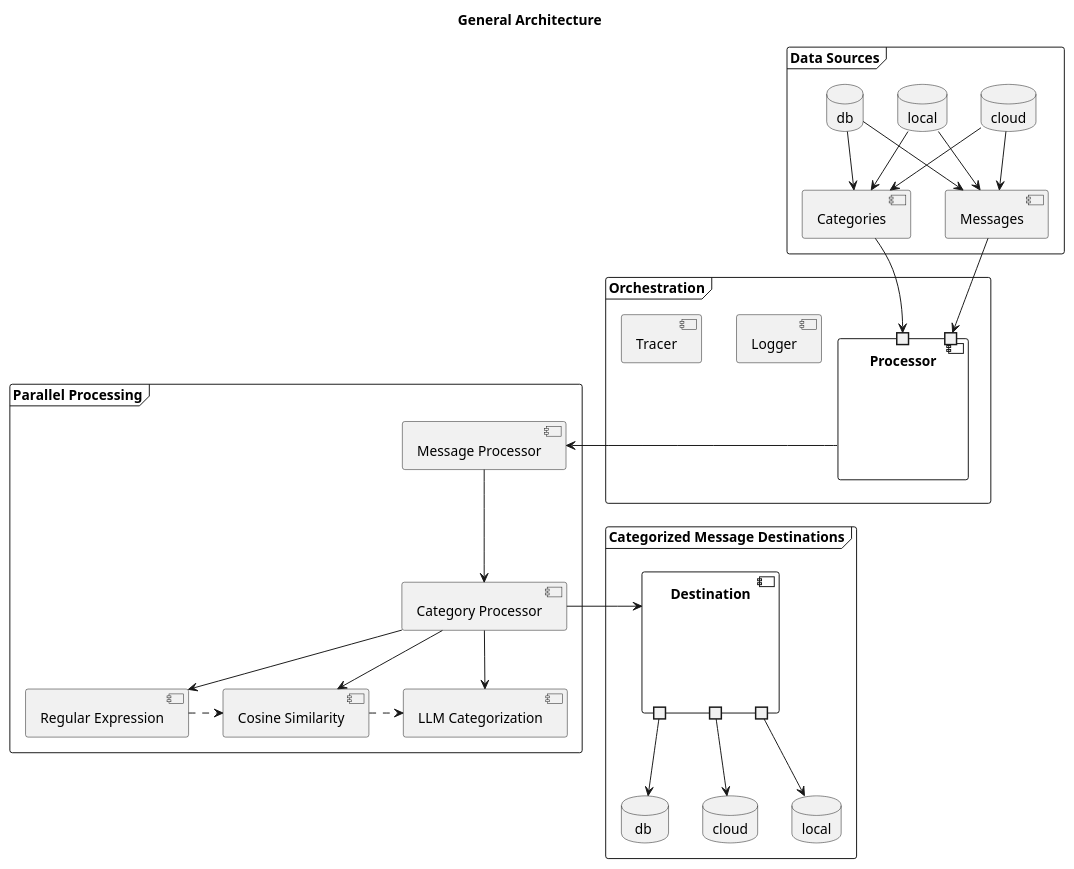
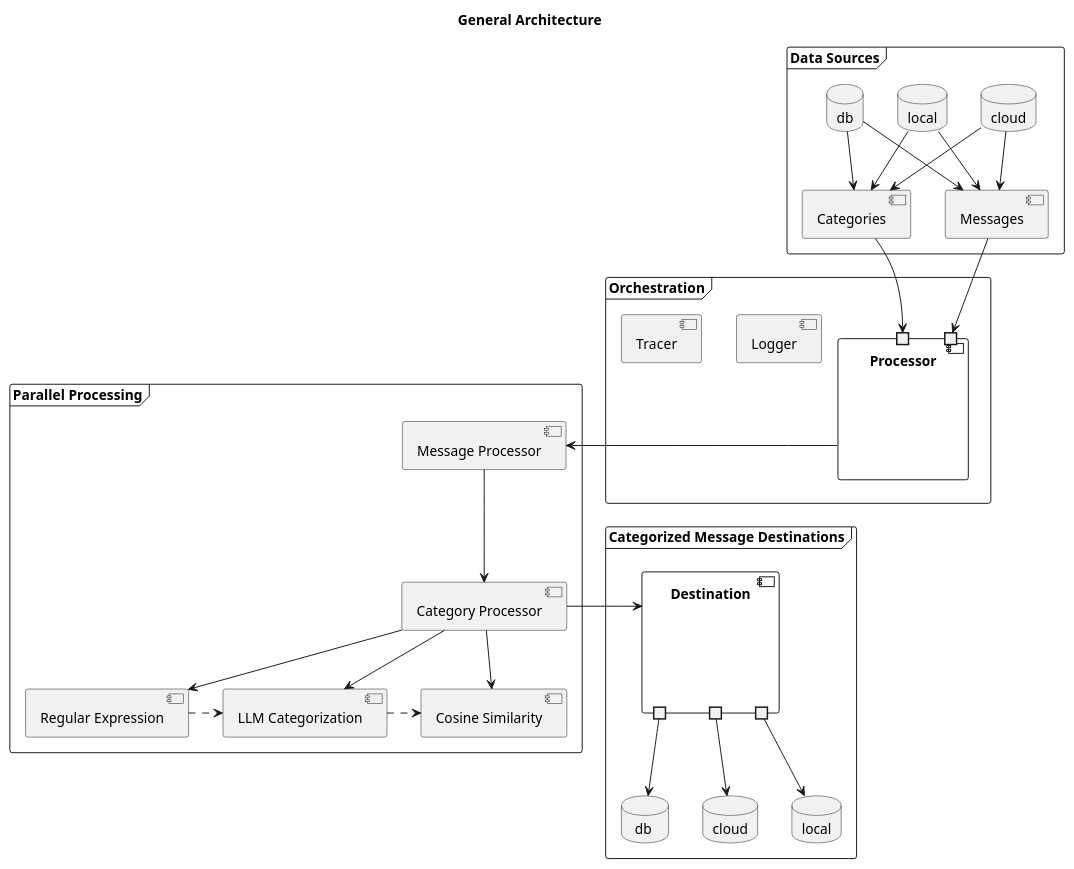
One commit to agramirez/deterministic-categorization changed the diagram in doc/diagrams/architecture.puml. Above: the diagram before and after it, drawn with PlantUML. The commit also changed 1 other file, not shown here.

Commit message:
Providing blurb for general architecture

```diff
--- a/doc/diagrams/architecture.puml
+++ b/doc/diagrams/architecture.puml
@@ -1,70 +1,70 @@
 @startuml "General Architecture"
 
 title "General Architecture"
 
 frame "Data Sources" as ds {
     database db
     database cloud as s3
     database local
 
     [Categories]
     [Messages]
 
     db -down-> Messages
     db -down-> Categories
 
     s3 -down-> Messages
     s3 -down-> Categories
 
     local -down-> Messages
     local -down-> Categories
 }
 
 frame "Orchestration" as orc {
     [Logger]
     [Tracer]
     component Processor as Processor {
         port " " as cin
         port " " as min
     }
 }
 
 Messages --> cin
 Categories --> min
 
 frame "Parallel Processing" as pro {
     [Message Processor] as mp
     [Category Processor] as cp
 
     component "Regular Expression" as regex
     component "Cosine Similarity" as cosine
     component "LLM Categorization" as llm
 
     cp -down-> regex
     cp -down-> cosine
     cp -down-> llm
 
-    regex ..right..> cosine
-    cosine ..right..> llm
+    regex ..right..> llm
+    llm ..right..> cosine
 }
 
 frame "Categorized Message Destinations" as dd {
     component Destination as dest {
         portout " " as pdbd
         portout " " as ps3d
         portout " " as plocald
     }
     database " db  " as dbd
     database "cloud" as s3d
     database "local" as locald
 
     pdbd -down-> dbd
     ps3d -down-> s3d
     plocald -down-> locald
 }
 
 [Processor] -> mp
 mp --> cp
 cp -right-> dest
 
 @enduml
```
